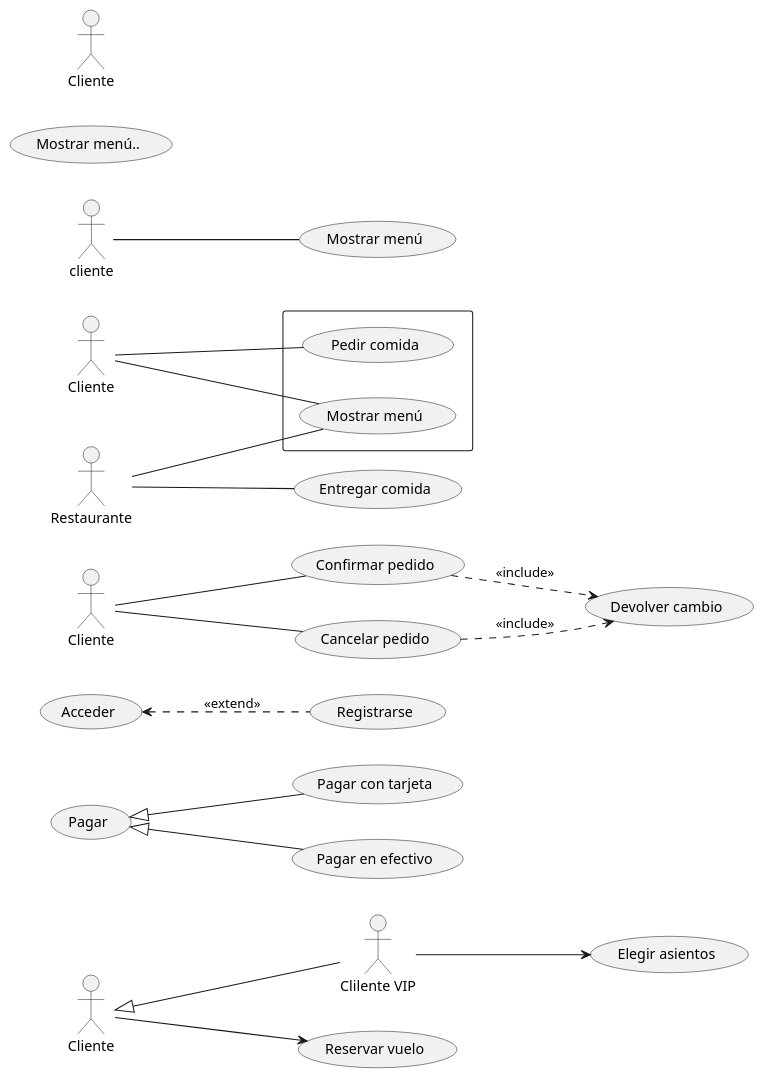
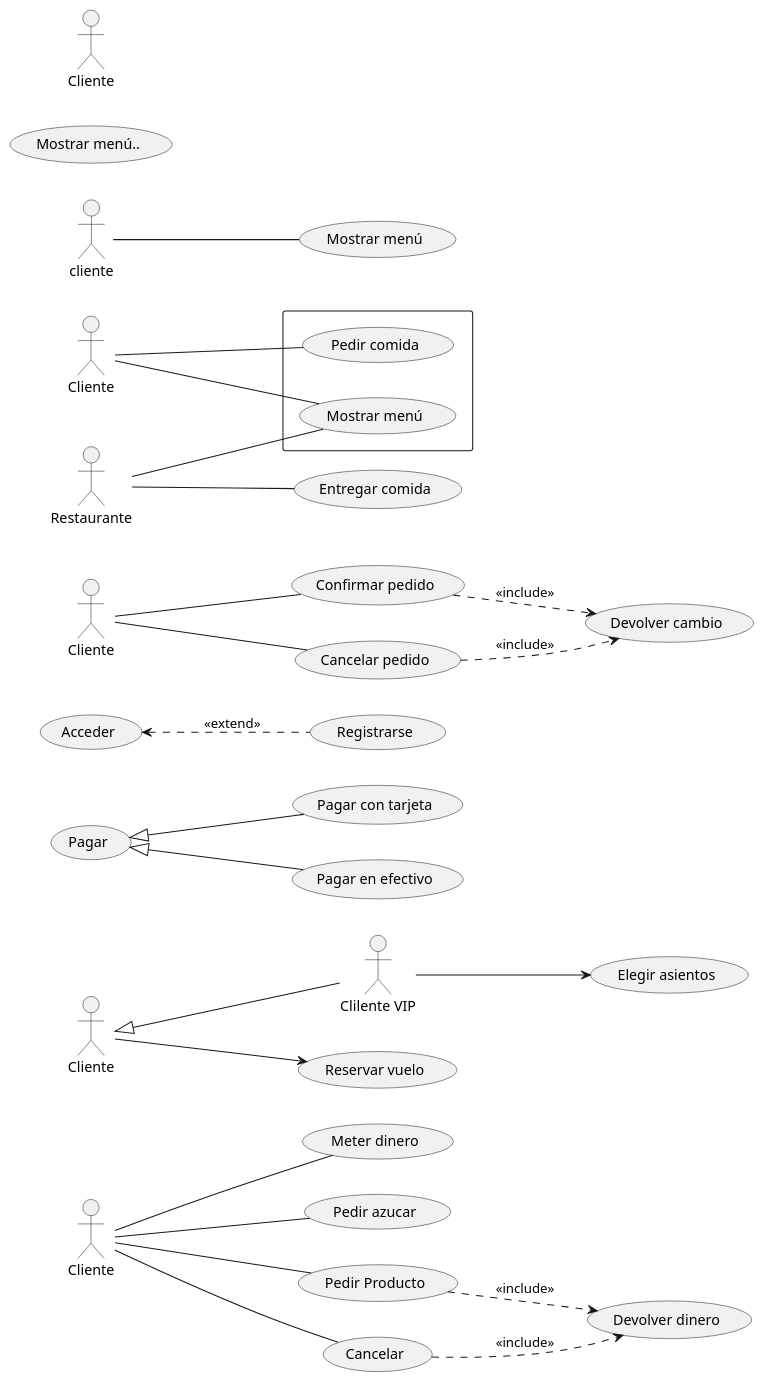
One commit to JuanmaEDE/UML_casos_de_uso changed the diagram in UML_casos_de_uso.puml. Above: the diagram before and after it, drawn with PlantUML.

Commit message:
Realizado la máquina de café

```diff
--- a/UML_casos_de_uso.puml
+++ b/UML_casos_de_uso.puml
@@ -1,49 +1,62 @@
 @startuml
+actor "Cliente" as clped
+usecase "Meter dinero" as Md
+usecase "Pedir azucar" as az
+usecase "Pedir Producto" as pp
+usecase "Cancelar" as cancel
+usecase "Devolver dinero" as Devd
+clped -- Md
+clped -- az
+clped -- pp
+clped -- cancel
+pp ..> Devd : <<include>>
+cancel ..> Devd : <<include>>
+
 
 actor "Cliente" as clvu
 actor "Clilente VIP" as vip
 clvu <|-- vip
 usecase "Reservar vuelo" as rv
 usecase "Elegir asientos" as asie
 vip --> asie
 clvu --> rv
 
 usecase "Pagar" as pag
 usecase "Pagar con tarjeta" as pagt
 usecase "Pagar en efectivo" as pagoe
  pag <|-- pagt
 pag <|-- pagoe
 
 usecase "Acceder" as acc
 usecase "Registrarse" as reg
 (acc) <.. (reg) : <<extend>>
 
 
 left to right direction
 actor "Cliente" as cl1
 usecase "Confirmar pedido" as cp
 usecase "Cancelar pedido" as cap
 usecase "Devolver cambio" as dc
 cl1 -- cp
 cl1 -- cap
 (cp) ..> (dc) : <<include>>
 (cap) ..> (dc) : <<include>>
 
 left to right direction
 actor "Cliente" as cl
 actor "Restaurante" as re
 rectangle  {
   usecase "Mostrar menú" as UC1
   usecase "Pedir comida" as UC2
 
 }
 usecase "Entregar comida" as UC3
 cl -- UC1
 cl -- UC2
 re -- UC3
 re -- UC1
 
  :cliente: -- (Mostrar menú)
  Usecase uc1 as "Mostrar menú.."
 actor "Cliente" as ctl
 @enduml
```
